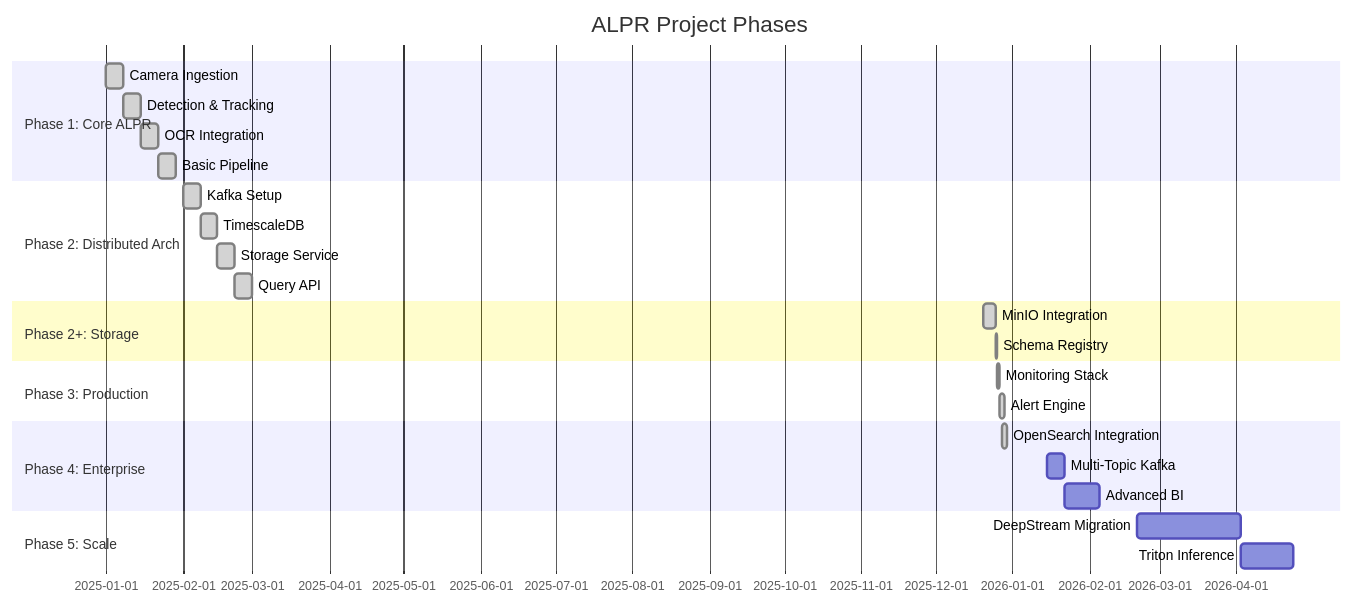
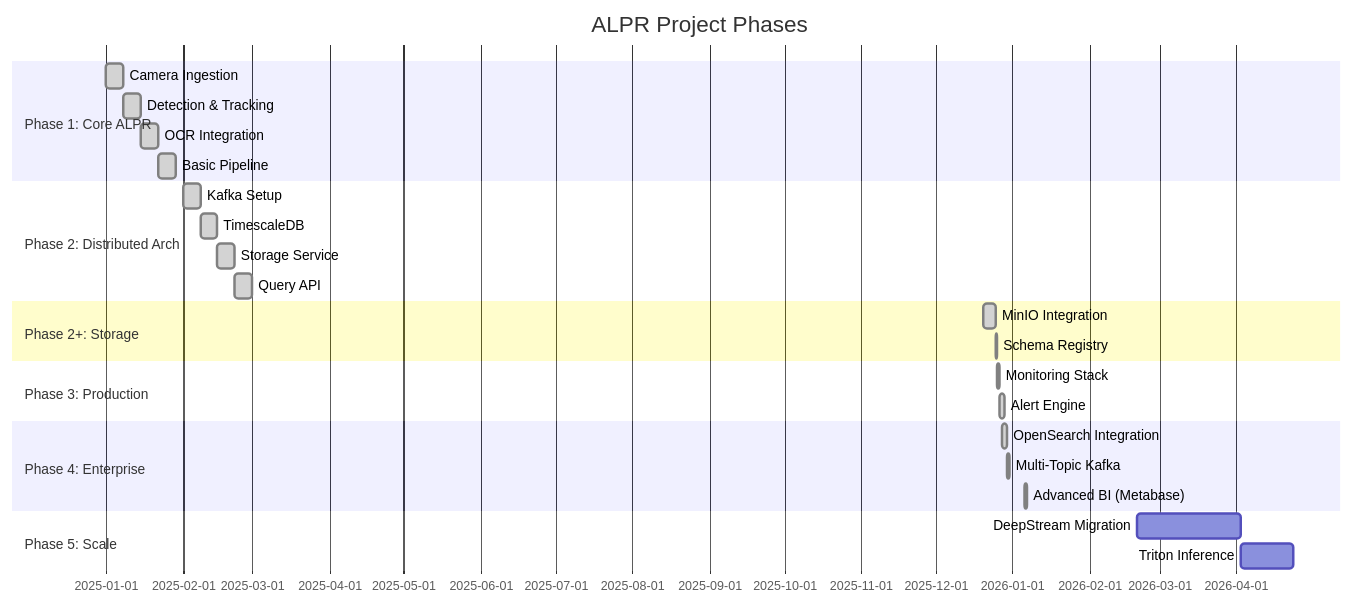
Before and after one commit to Azhundev/oversight-alpr-app: the sixth of 9 diagrams in docs/alpr/project-architecture-chart.md, drawn with Mermaid. The commit also changed other lines of this file and 17 other files, not shown here.

````diff
--- a/docs/alpr/project-architecture-chart.md
+++ b/docs/alpr/project-architecture-chart.md
@@ -306,34 +310,34 @@
 ```mermaid
 gantt
     title ALPR Project Phases
     dateFormat YYYY-MM-DD
 
     section Phase 1: Core ALPR
     Camera Ingestion           :done, p1a, 2025-01-01, 7d
     Detection & Tracking       :done, p1b, 2025-01-08, 7d
     OCR Integration            :done, p1c, 2025-01-15, 7d
     Basic Pipeline             :done, p1d, 2025-01-22, 7d
 
     section Phase 2: Distributed Arch
     Kafka Setup                :done, p2a, 2025-02-01, 7d
     TimescaleDB                :done, p2b, 2025-02-08, 7d
     Storage Service            :done, p2c, 2025-02-15, 7d
     Query API                  :done, p2d, 2025-02-22, 7d
 
     section Phase 2+: Storage
     MinIO Integration          :done, p2e, 2025-12-20, 5d
     Schema Registry            :done, p2f, 2025-12-25, 1d
 
     section Phase 3: Production
     Monitoring Stack           :done, p3a, 2025-12-26, 1d
     Alert Engine               :done, p3b, 2025-12-27, 2d
 
     section Phase 4: Enterprise
     OpenSearch Integration     :done, p4a, 2025-12-28, 2d
-    Multi-Topic Kafka          :p4b, 2026-01-15, 7d
-    Advanced BI                :p4c, 2026-01-22, 14d
+    Multi-Topic Kafka          :done, p4b, 2025-12-30, 1d
+    Advanced BI (Metabase)     :done, p4c, 2026-01-06, 1d
 
     section Phase 5: Scale
     DeepStream Migration       :p5a, 2026-02-20, 42d
     Triton Inference           :p5b, 2026-04-03, 21d
 ```
````
